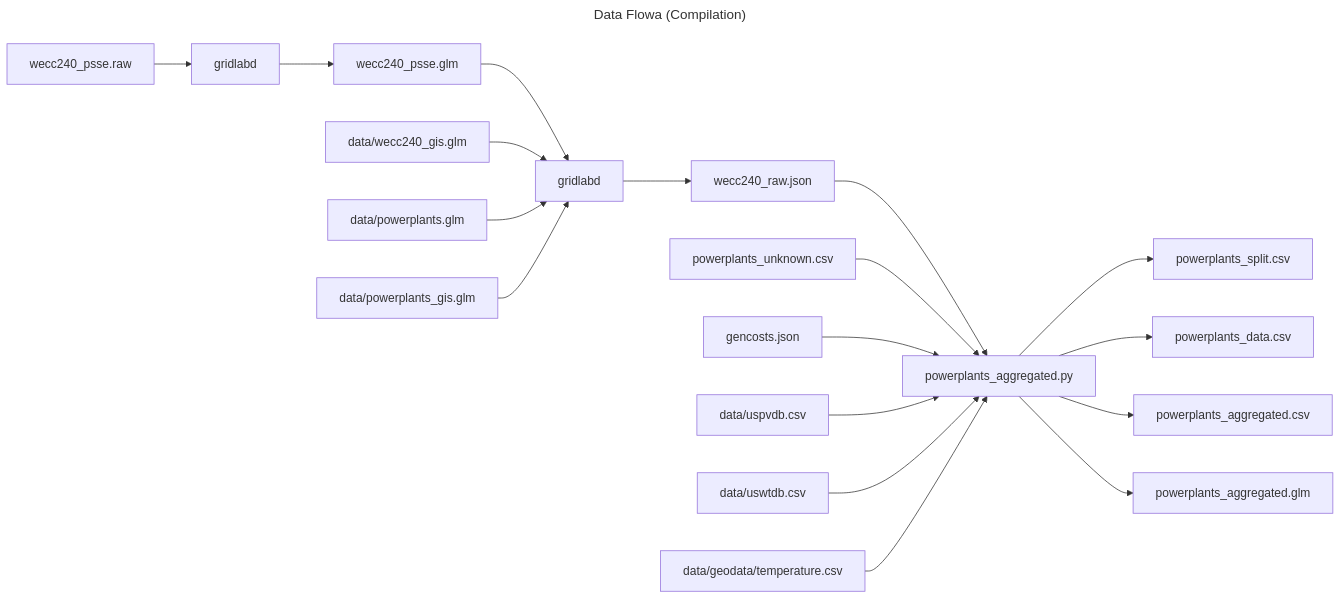
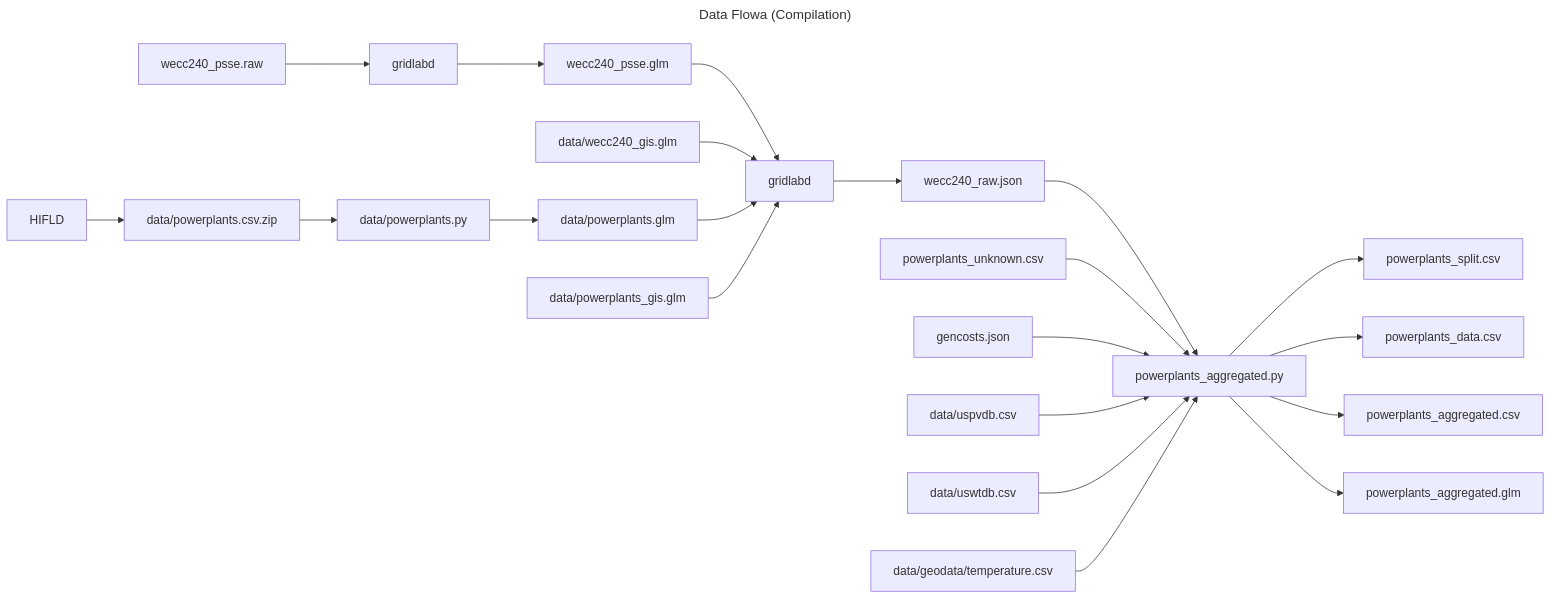
The first of 2 diagrams in model/README.md (slacgismo/regrow), drawn with Mermaid before and after one commit.

Commit message:
Update data flow diagram in README

````diff
--- a/model/README.md
+++ b/model/README.md
@@ -16,24 +16,28 @@
 ```mermaid
 ---
 title: Data Flowa (Compilation)
 ---
 graph LR
+
+    HIFLD --> data/powerplants.csv.zip
+    data/powerplants.csv.zip --> data/powerplants.py
+    data/powerplants.py --> data/powerplants.glm
 
     wecc240_psse.raw --> gridlabd0[gridlabd]
     gridlabd0 --> wecc240_psse.glm
     wecc240_psse.glm --> gridlabd1[gridlabd]
     data/wecc240_gis.glm --> gridlabd1
     data/powerplants.glm --> gridlabd1
     data/powerplants_gis.glm --> gridlabd1
     gridlabd1 --> wecc240_raw.json
     wecc240_raw.json --> powerplants_aggregated.py
     powerplants_unknown.csv --> powerplants_aggregated.py
     gencosts.json --> powerplants_aggregated.py
     data/uspvdb.csv --> powerplants_aggregated.py
     data/uswtdb.csv --> powerplants_aggregated.py
     powerplants_aggregated.py --> powerplants_split.csv
     powerplants_aggregated.py --> powerplants_data.csv
     data/geodata/temperature.csv --> powerplants_aggregated.py
     powerplants_aggregated.py --> powerplants_aggregated.csv
     powerplants_aggregated.py --> powerplants_aggregated.glm
 ```
````
